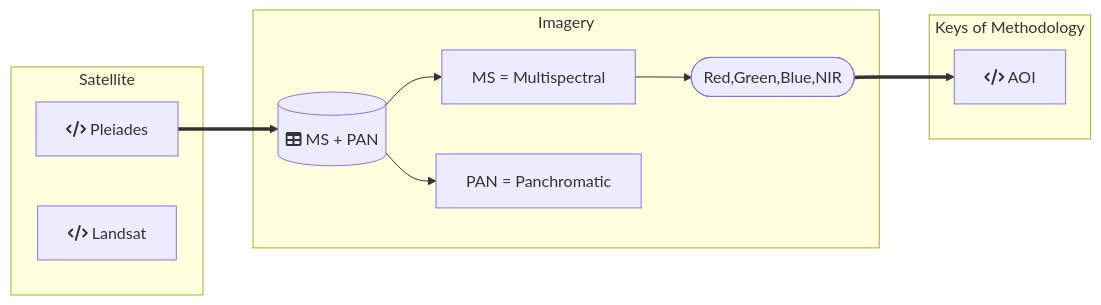
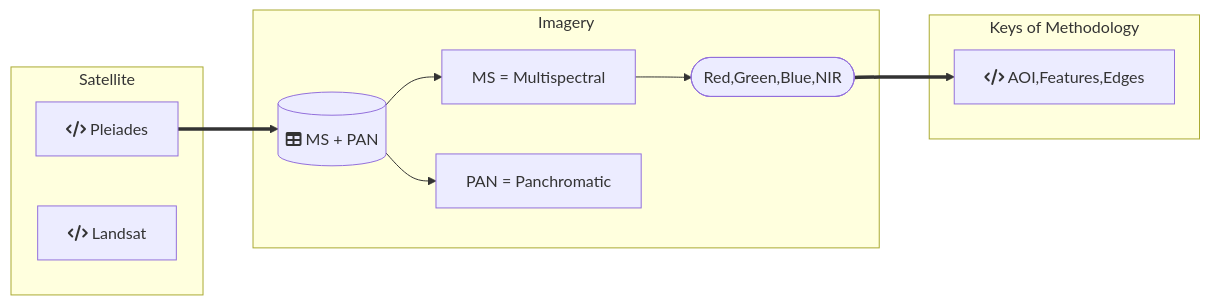
The third of 3 diagrams in README.md (DippoldEJ/Satellite-Datasets), drawn with Mermaid before and after one commit.

````diff
--- a/README.md
+++ b/README.md
@@ -32,25 +32,25 @@
 ```mermaid
 flowchart LR;
 
 subgraph Satellite
     s[fa:fa-code Pleiades]
     a[fa:fa-code Landsat]
     end
 
  subgraph Imagery
         db[(fa:fa-table MS + PAN)]
         m[MS = Multispectral]
         p[PAN = Panchromatic]
         b([Red,Green,Blue,NIR])
     end
 
 subgraph Keys of Methodology
-    c[fa:fa-code AOI]
+    c[fa:fa-code AOI,Features,Edges]
     end
 
     s==>db
     db-->m
     db-->p
     m-->b
     b==>c
 ```
````
